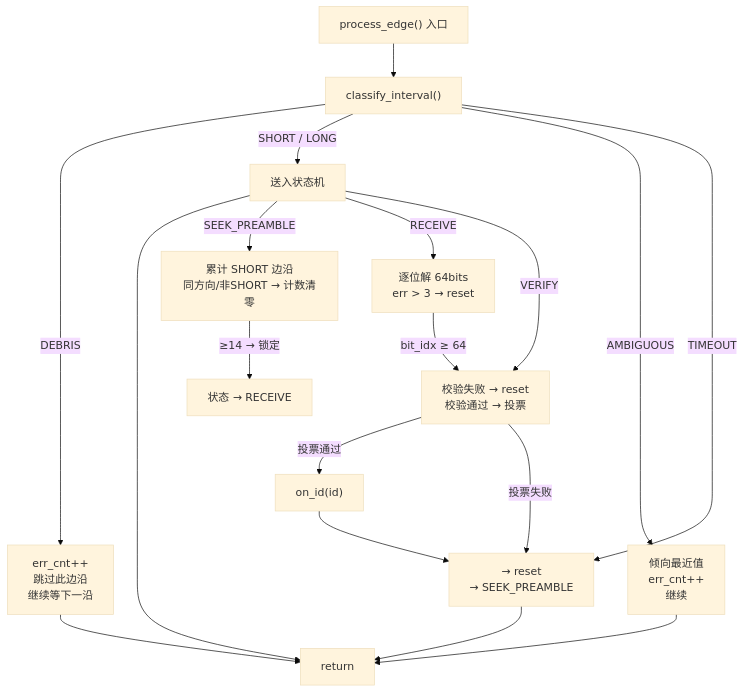
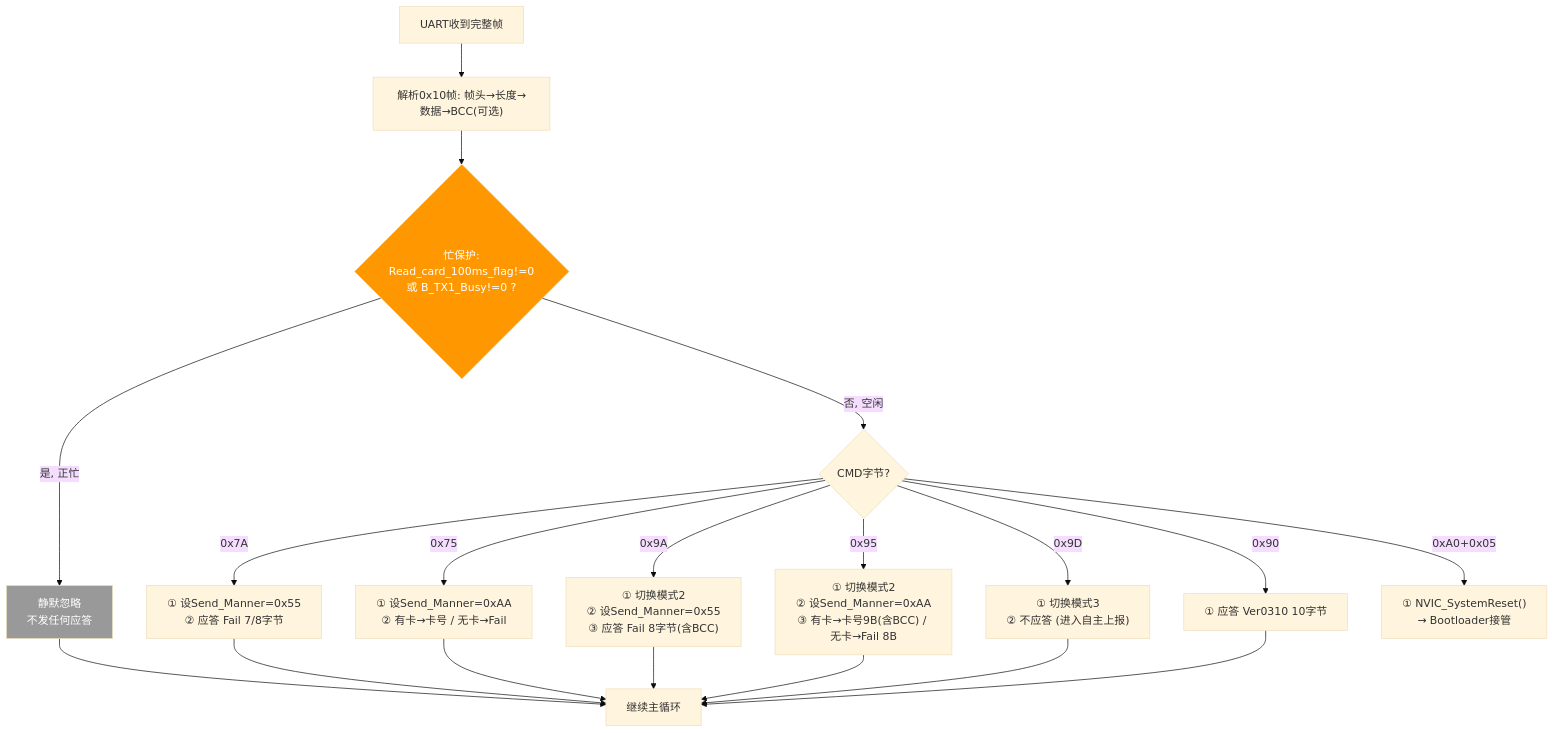
Before and after one commit to Siaiai/ObsidianNote: the sixth of 8 diagrams in 工作/SR3读卡器/260802SR3读卡器架构.md, drawn with Mermaid (base theme). The commit also changed other lines of this file, not shown here.

````diff
--- a/工作/SR3读卡器/260802SR3读卡器架构.md
+++ b/工作/SR3读卡器/260802SR3读卡器架构.md
@@ -300,24 +397,28 @@
 ```mermaid
 flowchart TD
-    START["process_edge() 入口"] --> CLASS["classify_interval()"]
+    RX["UART收到完整帧"] --> PARSE["解析0x10帧: 帧头→长度→数据→BCC(可选)"]
 
-    CLASS -->|"DEBRIS"| DEB["err_cnt++<br/>跳过此边沿<br/>继续等下一沿"]
-    CLASS -->|"SHORT / LONG"| DECODE["送入状态机"]
-    CLASS -->|"AMBIGUOUS"| AMB["倾向最近值<br/>err_cnt++<br/>继续"]
-    CLASS -->|"TIMEOUT"| RST["→ reset<br/>→ SEEK_PREAMBLE"]
+    PARSE --> CHECK{"忙保护:<br/>Read_card_100ms_flag!=0<br/>或 B_TX1_Busy!=0 ?"}
 
-    DEB --> NEXT["return"]
-    AMB --> NEXT
-    DECODE --> NEXT
-    RST --> NEXT
+    CHECK -->|"是, 正忙"| IGNORE["静默忽略<br/>不发任何应答"]
+    CHECK -->|"否, 空闲"| DISPATCH{"CMD字节?"}
 
-    DECODE -->|"SEEK_PREAMBLE"| SEEK["累计 SHORT 边沿<br/>同方向/非SHORT → 计数清零"]
-    DECODE -->|"RECEIVE"| RECV["逐位解 64bits<br/>err > 3 → reset"]
-    DECODE -->|"VERIFY"| VERF["校验失败 → reset<br/>校验通过 → 投票"]
+    DISPATCH -->|"0x7A"| CMD7A["① 设Send_Manner=0x55<br/>② 应答 Fail 7/8字节"]
+    DISPATCH -->|"0x75"| CMD75["① 设Send_Manner=0xAA<br/>② 有卡→卡号 / 无卡→Fail"]
+    DISPATCH -->|"0x9A"| CMD9A["① 切换模式2<br/>② 设Send_Manner=0x55<br/>③ 应答 Fail 8字节(含BCC)"]
+    DISPATCH -->|"0x95"| CMD95["① 切换模式2<br/>② 设Send_Manner=0xAA<br/>③ 有卡→卡号9B(含BCC) / 无卡→Fail 8B"]
+    DISPATCH -->|"0x9D"| CMD9D["① 切换模式3<br/>② 不应答 (进入自主上报)"]
+    DISPATCH -->|"0x90"| CMD90["① 应答 Ver0310 10字节"]
+    DISPATCH -->|"0xA0+0x05"| CMDA0["① NVIC_SystemReset()<br/>→ Bootloader接管"]
 
-    SEEK -->|"≥14 → 锁定"| LOCK["状态 → RECEIVE"]
-    RECV -->|"bit_idx ≥ 64"| VERF
-    VERF -->|"投票通过"| OUT["on_id(id)"]
-    VERF -->|"投票失败"| RST
-    OUT --> RST
+    IGNORE --> LOOP["继续主循环"]
+    CMD7A --> LOOP
+    CMD75 --> LOOP
+    CMD9A --> LOOP
+    CMD95 --> LOOP
+    CMD9D --> LOOP
+    CMD90 --> LOOP
+
+    style IGNORE fill:#999,color:#fff
+    style CHECK fill:#FF9800,color:#fff
 ```
````
